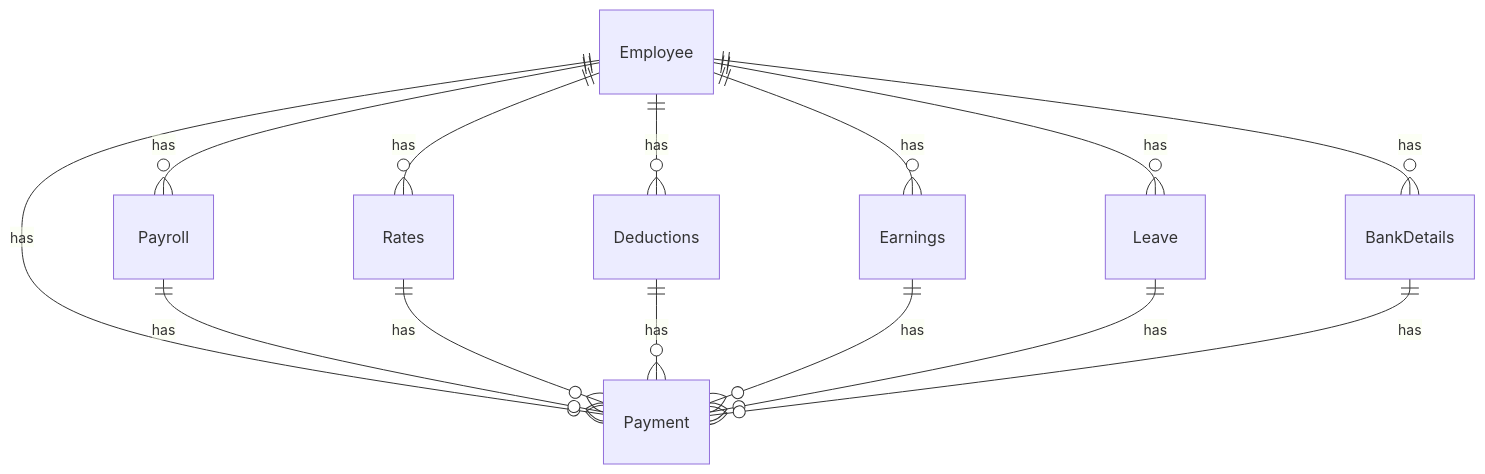
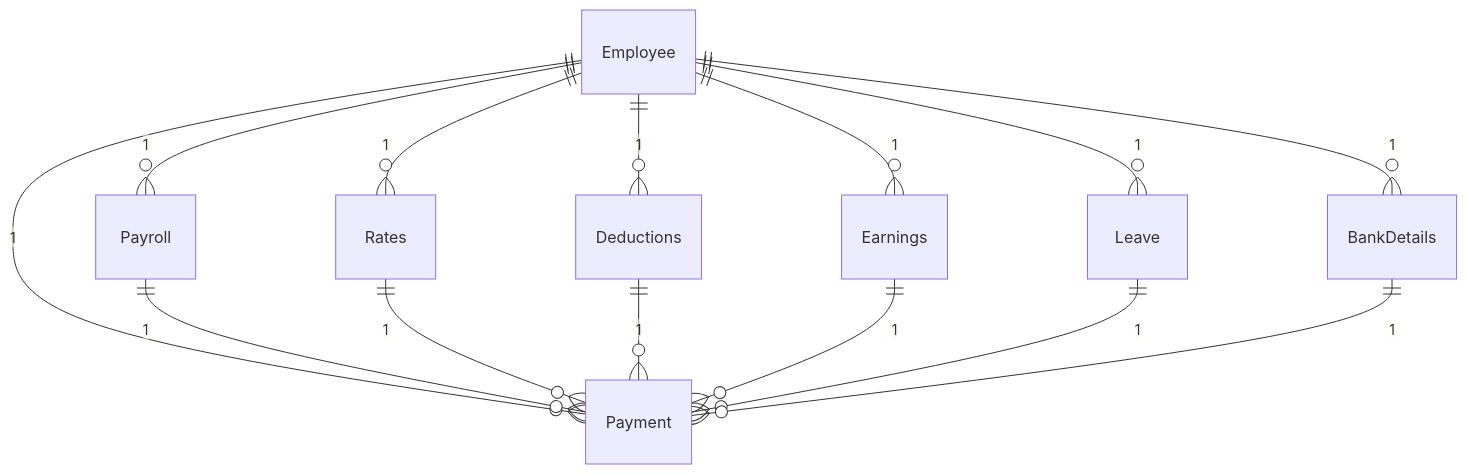
The first of 2 diagrams in README.md (navinkumaragilysys/tenet), drawn with Mermaid before and after one commit. The commit also changed other lines of this file, not shown here.

Commit message:
bank code added

````diff
--- a/README.md
+++ b/README.md
@@ -266,16 +268,16 @@
 ```mermaid
 erDiagram
-    Employee ||--o{ Payroll : has
-    Employee ||--o{ Rates : has
-    Employee ||--o{ Deductions : has
-    Employee ||--o{ Earnings : has
-    Employee ||--o{ Leave : has
-    Employee ||--o{ Payment : has
-    Employee ||--o{ BankDetails : has
-    Payroll ||--o{ Payment : has
-    Rates ||--o{ Payment : has
-    Deductions ||--o{ Payment : has
-    Earnings ||--o{ Payment : has
-    Leave ||--o{ Payment : has
-    BankDetails ||--o{ Payment : has
+    Employee ||--o{ Payroll : "1" 
+    Employee ||--o{ Rates : "1" 
+    Employee ||--o{ Deductions : "1" 
+    Employee ||--o{ Earnings : "1" 
+    Employee ||--o{ Leave : "1" 
+    Employee ||--o{ Payment : "1" 
+    Employee ||--o{ BankDetails : "1" 
+    Payroll ||--o{ Payment : "1" 
+    Rates ||--o{ Payment : "1" 
+    Deductions ||--o{ Payment : "1" 
+    Earnings ||--o{ Payment : "1" 
+    Leave ||--o{ Payment : "1" 
+    BankDetails ||--o{ Payment : "1" 
 ```
````
